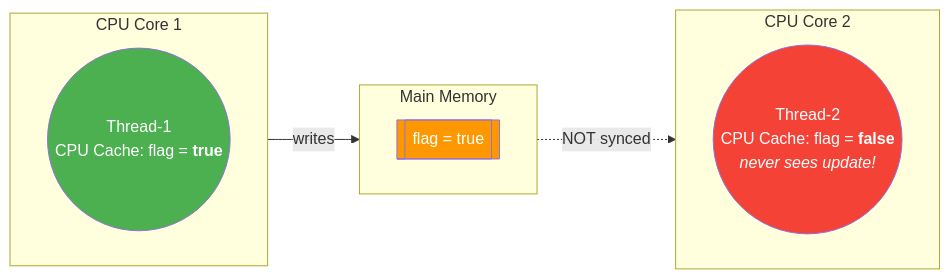
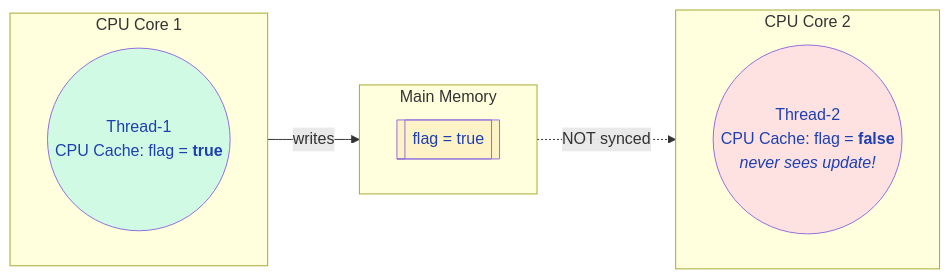
One commit to saivamsikaruturi/vamsilabs-dev-notes-main changed the first of 2 diagrams in docs/java/VolatileAtomics.md. Above: the diagram before and after it, drawn with Mermaid. The commit also changed other lines of this file and 220 other files, not shown here.

First line of the commit message:
Add 50+ new Java/Spring Boot pages, rewrite CSS code blocks to Oracle style, fix all diagram colors

````diff
--- a/docs/java/VolatileAtomics.md
+++ b/docs/java/VolatileAtomics.md
@@ -11,22 +11,22 @@
 ```mermaid
 flowchart LR
     subgraph CPU Core 1
         direction LR
         T1(("Thread-1<br/>CPU Cache: flag = <b>true</b>"))
     end
     subgraph CPU Core 2
         direction LR
         T2(("Thread-2<br/>CPU Cache: flag = <b>false</b><br/><i>never sees update!</i>"))
     end
     subgraph Main Memory
         direction LR
         MM[["flag = true"]]
     end
 
     T1 -->|writes| MM
     MM -.->|NOT synced| T2
 
-    style T1 fill:#4CAF50,color:#fff
-    style T2 fill:#F44336,color:#fff
-    style MM fill:#FF9800,color:#fff
+    style T1 fill:#D1FAE5,color:#1E40AF
+    style T2 fill:#FEE2E2,color:#1E40AF
+    style MM fill:#FEF3C7,color:#1E40AF
 ```
````
